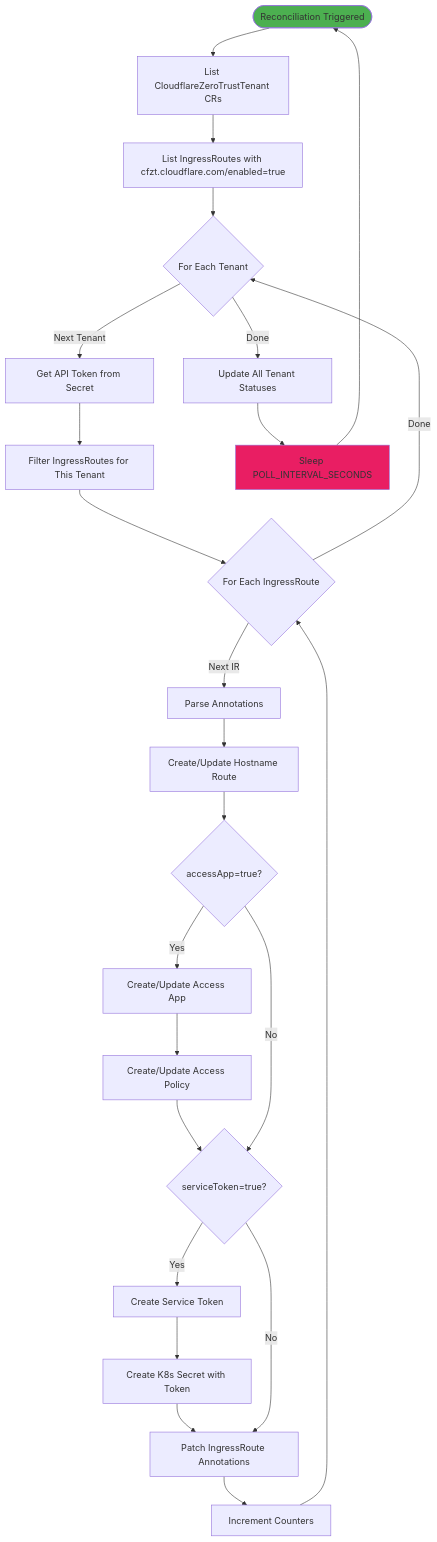
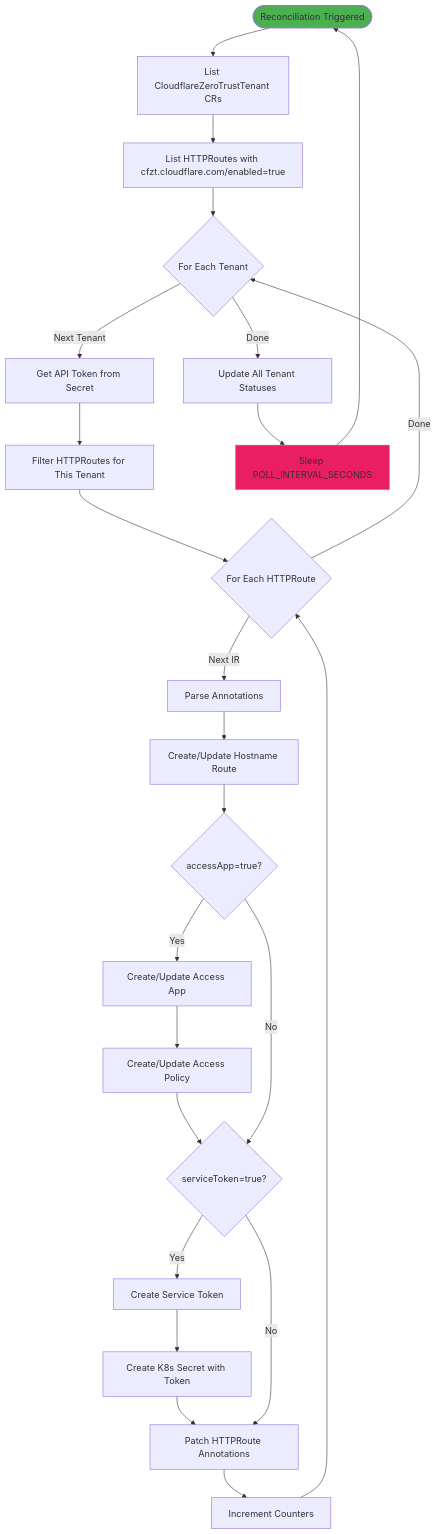
The ninth of 16 diagrams in docs/architecture.md (wheetazlab/cloudflare-zero-trust-operator), drawn with Mermaid before and after one commit. The commit also changed other lines of this file and 24 other files, not shown here.

````diff
--- a/docs/architecture.md
+++ b/docs/architecture.md
@@ -589,41 +589,41 @@
 ```mermaid
 flowchart TD
     START([Reconciliation Triggered]) --> LIST_TENANTS[List CloudflareZeroTrustTenant CRs]
-    LIST_TENANTS --> LIST_IR[List IngressRoutes with cfzt.cloudflare.com/enabled=true]
+    LIST_TENANTS --> LIST_IR[List HTTPRoutes with cfzt.cloudflare.com/enabled=true]
     
     LIST_IR --> TENANT_LOOP{For Each Tenant}
     
     TENANT_LOOP -->|Next Tenant| GET_CREDS[Get API Token from Secret]
     TENANT_LOOP -->|Done| UPDATE_STATUS[Update All Tenant Statuses]
     
-    GET_CREDS --> FILTER_IR[Filter IngressRoutes for This Tenant]
+    GET_CREDS --> FILTER_IR[Filter HTTPRoutes for This Tenant]
     
-    FILTER_IR --> IR_LOOP{For Each IngressRoute}
+    FILTER_IR --> IR_LOOP{For Each HTTPRoute}
     
     IR_LOOP -->|Next IR| PARSE_ANNO[Parse Annotations]
     IR_LOOP -->|Done| TENANT_LOOP
     
     PARSE_ANNO --> HOSTNAME[Create/Update Hostname Route]
     HOSTNAME --> ACCESS_CHECK{accessApp=true?}
     
     ACCESS_CHECK -->|Yes| CREATE_APP[Create/Update Access App]
     CREATE_APP --> CREATE_POLICY[Create/Update Access Policy]
     CREATE_POLICY --> TOKEN_CHECK{serviceToken=true?}
     
     ACCESS_CHECK -->|No| TOKEN_CHECK
     
     TOKEN_CHECK -->|Yes| CREATE_TOKEN[Create Service Token]
     CREATE_TOKEN --> CREATE_SECRET[Create K8s Secret with Token]
-    CREATE_SECRET --> PATCH_IR[Patch IngressRoute Annotations]
+    CREATE_SECRET --> PATCH_IR[Patch HTTPRoute Annotations]
     
     TOKEN_CHECK -->|No| PATCH_IR
     
     PATCH_IR --> INCREMENT[Increment Counters]
     INCREMENT --> IR_LOOP
     
     UPDATE_STATUS --> SLEEP[Sleep POLL_INTERVAL_SECONDS]
     SLEEP --> START
     
     style START fill:#4CAF50
     style SLEEP fill:#E91E63
 ```
````
